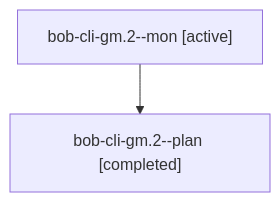
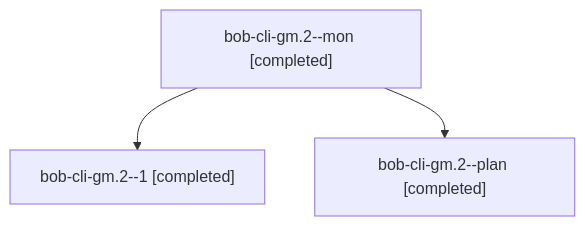
Before and after one commit to bobs-org/bob-cli--agents: the diagram in sessions/bbugyi200.athena.bob-cli-gm.2.md, drawn with Mermaid. The commit also changed other lines of this file and 56 other files, not shown here.

````diff
--- a/sessions/bbugyi200.athena.bob-cli-gm.2.md
+++ b/sessions/bbugyi200.athena.bob-cli-gm.2.md
@@ -9,6 +9,8 @@
 ```mermaid
 flowchart TD
-  n0["bob-cli-gm.2--mon [active]"]
-  n1["bob-cli-gm.2--plan [completed]"]
+  n0["bob-cli-gm.2--mon [completed]"]
+  n1["bob-cli-gm.2--1 [completed]"]
   n0 --> n1
+  n2["bob-cli-gm.2--plan [completed]"]
+  n0 --> n2
 ```
````
